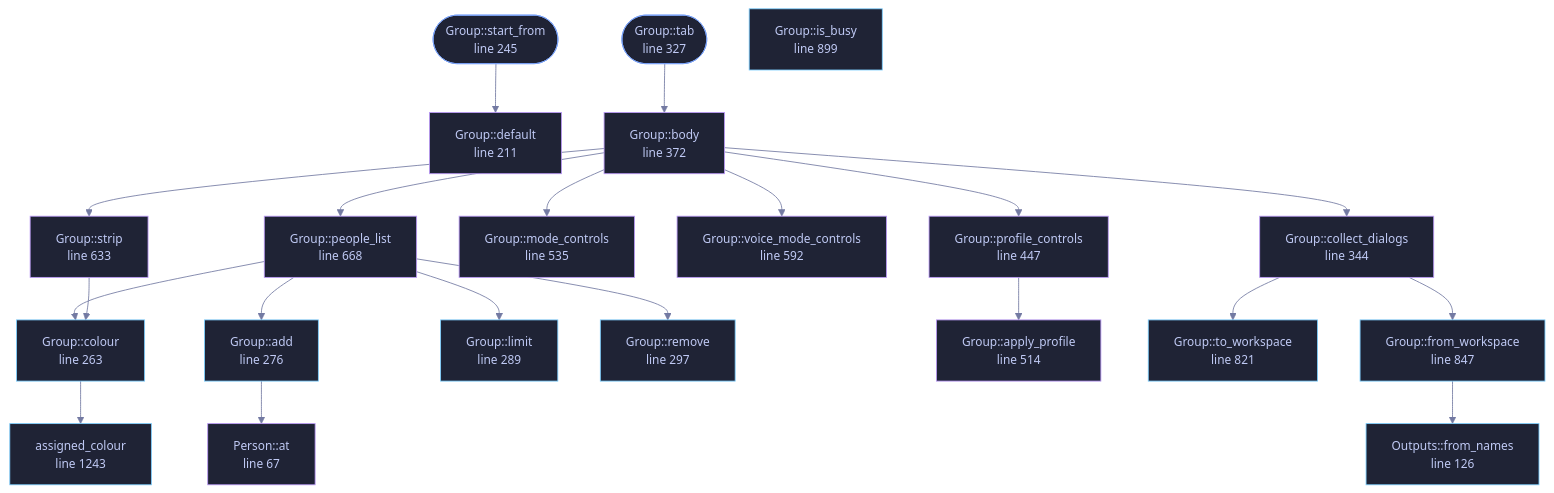
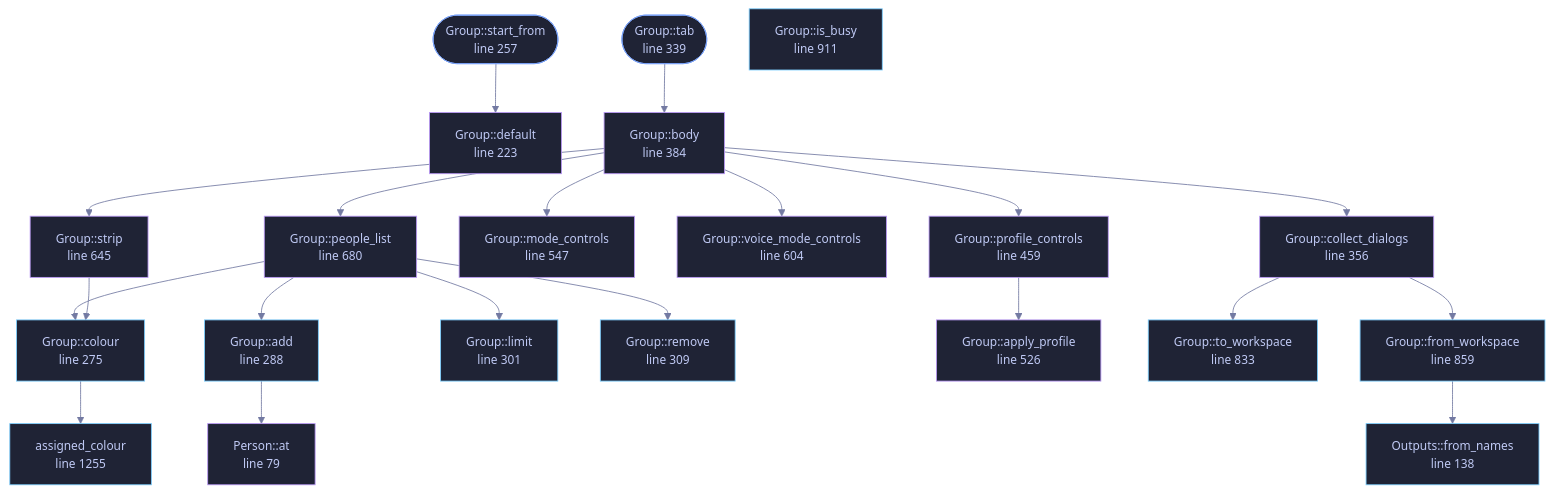
Before and after one commit to tilas01/veilvoice: the diagram in docs/files/veilvoice-gui/group.md, drawn with Mermaid. The commit also changed other lines of this file and 487 other files, not shown here.

````diff
--- a/docs/files/veilvoice-gui/group.md
+++ b/docs/files/veilvoice-gui/group.md
@@ -112,73 +125,73 @@
 ```mermaid
 %%{init: {"theme":"base","themeVariables":{"background":"#1a1b26","primaryColor":"#1f2335","primaryTextColor":"#c0caf5","primaryBorderColor":"#7aa2f7","secondaryColor":"#16161e","tertiaryColor":"#16161e","lineColor":"#737aa2","textColor":"#c0caf5","mainBkg":"#1f2335","nodeBorder":"#7aa2f7","clusterBkg":"#16161e","clusterBorder":"#2f3549","fontFamily":"ui-monospace, SFMono-Regular, Consolas, monospace","fontSize":"14px"}}}%%
 flowchart TD
-    n_at["Person::at<br/>line 67"]
-    n_default["Outputs::default<br/>line 91"]
-    n_from_names["Outputs::from_names<br/>line 126"]
-    n_default["Group::default<br/>line 211"]
-    n_start_from(["Group::start_from<br/>line 245"])
-    n_colour["Group::colour<br/>line 263"]
-    n_add["Group::add<br/>line 276"]
-    n_limit["Group::limit<br/>line 289"]
-    n_remove["Group::remove<br/>line 297"]
-    n_tab(["Group::tab<br/>line 327"])
-    n_collect_dialogs["Group::collect_dialogs<br/>line 344"]
-    n_body["Group::body<br/>line 372"]
-    n_profile_controls["Group::profile_controls<br/>line 447"]
-    n_apply_profile["Group::apply_profile<br/>line 514"]
-    n_mode_controls["Group::mode_controls<br/>line 535"]
-    n_voice_mode_controls["Group::voice_mode_controls<br/>line 592"]
-    n_strip["Group::strip<br/>line 633"]
-    n_people_list["Group::people_list<br/>line 668"]
-    n_to_workspace["Group::to_workspace<br/>line 821"]
-    n_from_workspace["Group::from_workspace<br/>line 847"]
-    n_is_busy["Group::is_busy<br/>line 899"]
-    n_assigned_colour["assigned_colour<br/>line 1243"]
+    n_at["Person::at<br/>line 79"]
+    n_default["Outputs::default<br/>line 103"]
+    n_from_names["Outputs::from_names<br/>line 138"]
+    n_default["Group::default<br/>line 223"]
+    n_start_from(["Group::start_from<br/>line 257"])
+    n_colour["Group::colour<br/>line 275"]
+    n_add["Group::add<br/>line 288"]
+    n_limit["Group::limit<br/>line 301"]
+    n_remove["Group::remove<br/>line 309"]
+    n_tab(["Group::tab<br/>line 339"])
+    n_collect_dialogs["Group::collect_dialogs<br/>line 356"]
+    n_body["Group::body<br/>line 384"]
+    n_profile_controls["Group::profile_controls<br/>line 459"]
+    n_apply_profile["Group::apply_profile<br/>line 526"]
+    n_mode_controls["Group::mode_controls<br/>line 547"]
+    n_voice_mode_controls["Group::voice_mode_controls<br/>line 604"]
+    n_strip["Group::strip<br/>line 645"]
+    n_people_list["Group::people_list<br/>line 680"]
+    n_to_workspace["Group::to_workspace<br/>line 833"]
+    n_from_workspace["Group::from_workspace<br/>line 859"]
+    n_is_busy["Group::is_busy<br/>line 911"]
+    n_assigned_colour["assigned_colour<br/>line 1255"]
     n_add --> n_at
     n_body --> n_collect_dialogs
     n_body --> n_mode_controls
     n_body --> n_people_list
     n_body --> n_profile_controls
     n_body --> n_strip
     n_body --> n_voice_mode_controls
     n_collect_dialogs --> n_from_workspace
     n_collect_dialogs --> n_to_workspace
     n_colour --> n_assigned_colour
     n_from_workspace --> n_from_names
     n_people_list --> n_add
     n_people_list --> n_colour
     n_people_list --> n_limit
     n_people_list --> n_remove
     n_profile_controls --> n_apply_profile
     n_start_from --> n_default
     n_strip --> n_colour
     n_tab --> n_body
-    click n_at href "https://github.com/tilas01/veilvoice/blob/main/crates/veilvoice-gui/src/group.rs#L67" "open the source"
-    click n_default href "https://github.com/tilas01/veilvoice/blob/main/crates/veilvoice-gui/src/group.rs#L91" "open the source"
-    click n_from_names href "https://github.com/tilas01/veilvoice/blob/main/crates/veilvoice-gui/src/group.rs#L126" "open the source"
-    click n_default href "https://github.com/tilas01/veilvoice/blob/main/crates/veilvoice-gui/src/group.rs#L211" "open the source"
-    click n_start_from href "https://github.com/tilas01/veilvoice/blob/main/crates/veilvoice-gui/src/group.rs#L245" "open the source"
-    click n_colour href "https://github.com/tilas01/veilvoice/blob/main/crates/veilvoice-gui/src/group.rs#L263" "open the source"
-    click n_add href "https://github.com/tilas01/veilvoice/blob/main/crates/veilvoice-gui/src/group.rs#L276" "open the source"
-    click n_limit href "https://github.com/tilas01/veilvoice/blob/main/crates/veilvoice-gui/src/group.rs#L289" "open the source"
-    click n_remove href "https://github.com/tilas01/veilvoice/blob/main/crates/veilvoice-gui/src/group.rs#L297" "open the source"
-    click n_tab href "https://github.com/tilas01/veilvoice/blob/main/crates/veilvoice-gui/src/group.rs#L327" "open the source"
-    click n_collect_dialogs href "https://github.com/tilas01/veilvoice/blob/main/crates/veilvoice-gui/src/group.rs#L344" "open the source"
-    click n_body href "https://github.com/tilas01/veilvoice/blob/main/crates/veilvoice-gui/src/group.rs#L372" "open the source"
-    click n_profile_controls href "https://github.com/tilas01/veilvoice/blob/main/crates/veilvoice-gui/src/group.rs#L447" "open the source"
-    click n_apply_profile href "https://github.com/tilas01/veilvoice/blob/main/crates/veilvoice-gui/src/group.rs#L514" "open the source"
-    click n_mode_controls href "https://github.com/tilas01/veilvoice/blob/main/crates/veilvoice-gui/src/group.rs#L535" "open the source"
-    click n_voice_mode_controls href "https://github.com/tilas01/veilvoice/blob/main/crates/veilvoice-gui/src/group.rs#L592" "open the source"
-    click n_strip href "https://github.com/tilas01/veilvoice/blob/main/crates/veilvoice-gui/src/group.rs#L633" "open the source"
-    click n_people_list href "https://github.com/tilas01/veilvoice/blob/main/crates/veilvoice-gui/src/group.rs#L668" "open the source"
-    click n_to_workspace href "https://github.com/tilas01/veilvoice/blob/main/crates/veilvoice-gui/src/group.rs#L821" "open the source"
-    click n_from_workspace href "https://github.com/tilas01/veilvoice/blob/main/crates/veilvoice-gui/src/group.rs#L847" "open the source"
-    click n_is_busy href "https://github.com/tilas01/veilvoice/blob/main/crates/veilvoice-gui/src/group.rs#L899" "open the source"
-    click n_assigned_colour href "https://github.com/tilas01/veilvoice/blob/main/crates/veilvoice-gui/src/group.rs#L1243" "open the source"
+    click n_at href "https://github.com/tilas01/veilvoice/blob/main/crates/veilvoice-gui/src/group.rs#L79" "open the source"
+    click n_default href "https://github.com/tilas01/veilvoice/blob/main/crates/veilvoice-gui/src/group.rs#L103" "open the source"
+    click n_from_names href "https://github.com/tilas01/veilvoice/blob/main/crates/veilvoice-gui/src/group.rs#L138" "open the source"
+    click n_default href "https://github.com/tilas01/veilvoice/blob/main/crates/veilvoice-gui/src/group.rs#L223" "open the source"
+    click n_start_from href "https://github.com/tilas01/veilvoice/blob/main/crates/veilvoice-gui/src/group.rs#L257" "open the source"
+    click n_colour href "https://github.com/tilas01/veilvoice/blob/main/crates/veilvoice-gui/src/group.rs#L275" "open the source"
+    click n_add href "https://github.com/tilas01/veilvoice/blob/main/crates/veilvoice-gui/src/group.rs#L288" "open the source"
+    click n_limit href "https://github.com/tilas01/veilvoice/blob/main/crates/veilvoice-gui/src/group.rs#L301" "open the source"
+    click n_remove href "https://github.com/tilas01/veilvoice/blob/main/crates/veilvoice-gui/src/group.rs#L309" "open the source"
+    click n_tab href "https://github.com/tilas01/veilvoice/blob/main/crates/veilvoice-gui/src/group.rs#L339" "open the source"
+    click n_collect_dialogs href "https://github.com/tilas01/veilvoice/blob/main/crates/veilvoice-gui/src/group.rs#L356" "open the source"
+    click n_body href "https://github.com/tilas01/veilvoice/blob/main/crates/veilvoice-gui/src/group.rs#L384" "open the source"
+    click n_profile_controls href "https://github.com/tilas01/veilvoice/blob/main/crates/veilvoice-gui/src/group.rs#L459" "open the source"
+    click n_apply_profile href "https://github.com/tilas01/veilvoice/blob/main/crates/veilvoice-gui/src/group.rs#L526" "open the source"
+    click n_mode_controls href "https://github.com/tilas01/veilvoice/blob/main/crates/veilvoice-gui/src/group.rs#L547" "open the source"
+    click n_voice_mode_controls href "https://github.com/tilas01/veilvoice/blob/main/crates/veilvoice-gui/src/group.rs#L604" "open the source"
+    click n_strip href "https://github.com/tilas01/veilvoice/blob/main/crates/veilvoice-gui/src/group.rs#L645" "open the source"
+    click n_people_list href "https://github.com/tilas01/veilvoice/blob/main/crates/veilvoice-gui/src/group.rs#L680" "open the source"
+    click n_to_workspace href "https://github.com/tilas01/veilvoice/blob/main/crates/veilvoice-gui/src/group.rs#L833" "open the source"
+    click n_from_workspace href "https://github.com/tilas01/veilvoice/blob/main/crates/veilvoice-gui/src/group.rs#L859" "open the source"
+    click n_is_busy href "https://github.com/tilas01/veilvoice/blob/main/crates/veilvoice-gui/src/group.rs#L911" "open the source"
+    click n_assigned_colour href "https://github.com/tilas01/veilvoice/blob/main/crates/veilvoice-gui/src/group.rs#L1255" "open the source"
     classDef entry fill:#1f2335,stroke:#7aa2f7,color:#c0caf5
     class n_start_from,n_tab entry
     classDef api fill:#1f2335,stroke:#7dcfff,color:#c0caf5
     class n_from_names,n_colour,n_add,n_limit,n_remove,n_to_workspace,n_from_workspace,n_is_busy,n_assigned_colour api
     classDef helper fill:#1f2335,stroke:#bb9af7,color:#c0caf5
     class n_at,n_default,n_default,n_collect_dialogs,n_body,n_profile_controls,n_apply_profile,n_mode_controls,n_voice_mode_controls,n_strip,n_people_list helper
 ```
````
